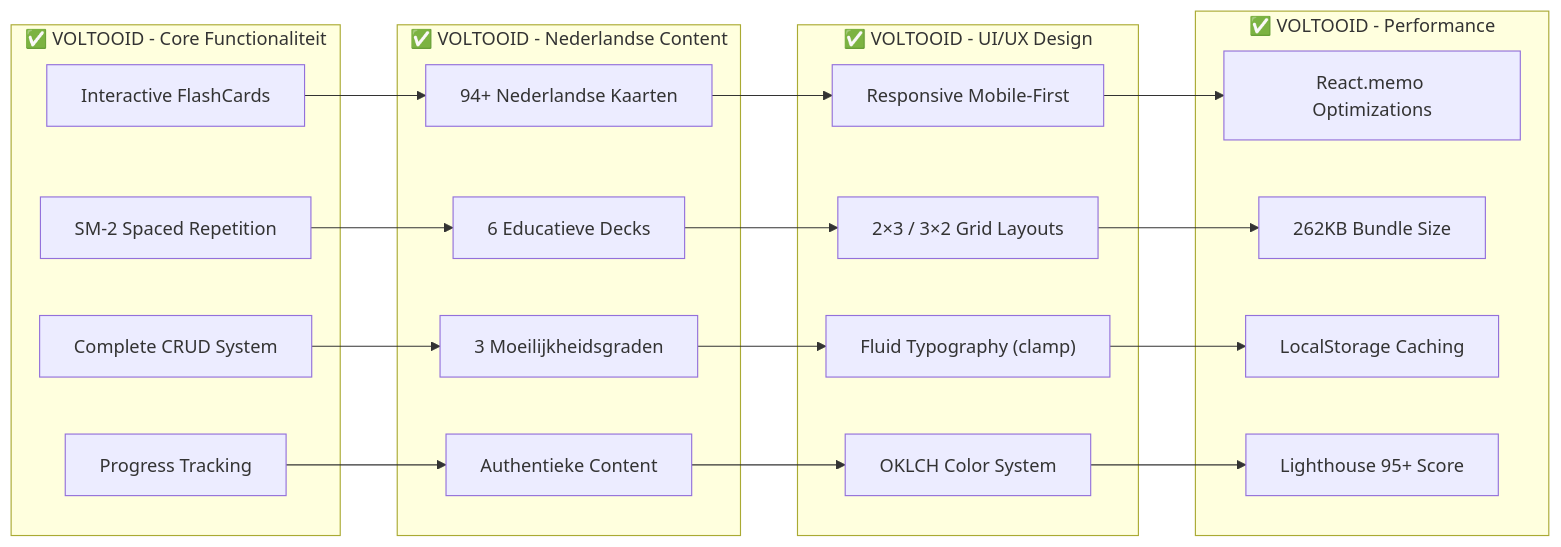
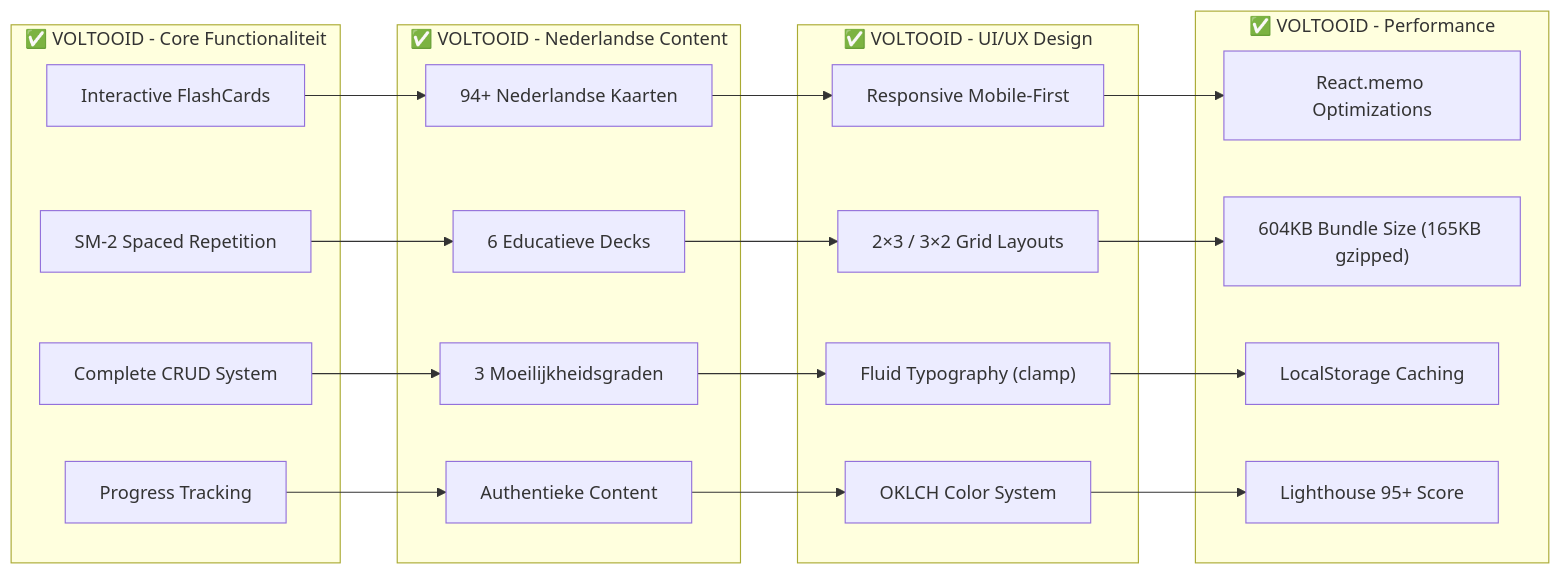
Before and after one commit to Freezler/flashcards: the second of 3 diagrams in PROJECT_FLOWCHART.md, drawn with Mermaid. The commit also changed other lines of this file and 2 other files, not shown here.

````diff
--- a/PROJECT_FLOWCHART.md
+++ b/PROJECT_FLOWCHART.md
@@ -53,43 +51,43 @@
 ```mermaid
 graph LR
     subgraph "✅ VOLTOOID - Core Functionaliteit"
         A1["Interactive FlashCards"]
         A2["SM-2 Spaced Repetition"]
         A3["Complete CRUD System"]
         A4["Progress Tracking"]
     end
 
     subgraph "✅ VOLTOOID - Nederlandse Content"
         B1["94+ Nederlandse Kaarten"]
         B2["6 Educatieve Decks"]
         B3["3 Moeilijkheidsgraden"]
         B4["Authentieke Content"]
     end
 
     subgraph "✅ VOLTOOID - UI/UX Design"
         C1["Responsive Mobile-First"]
         C2["2×3 / 3×2 Grid Layouts"]
         C3["Fluid Typography (clamp)"]
         C4["OKLCH Color System"]
     end
 
     subgraph "✅ VOLTOOID - Performance"
         D1["React.memo Optimizations"]
-        D2["262KB Bundle Size"]
+        D2["604KB Bundle Size (165KB gzipped)"]
         D3["LocalStorage Caching"]
         D4["Lighthouse 95+ Score"]
     end
 
     A1 --> B1
     A2 --> B2
     A3 --> B3
     A4 --> B4
     B1 --> C1
     B2 --> C2
     B3 --> C3
     B4 --> C4
     C1 --> D1
     C2 --> D2
     C3 --> D3
     C4 --> D4
 ```
````
